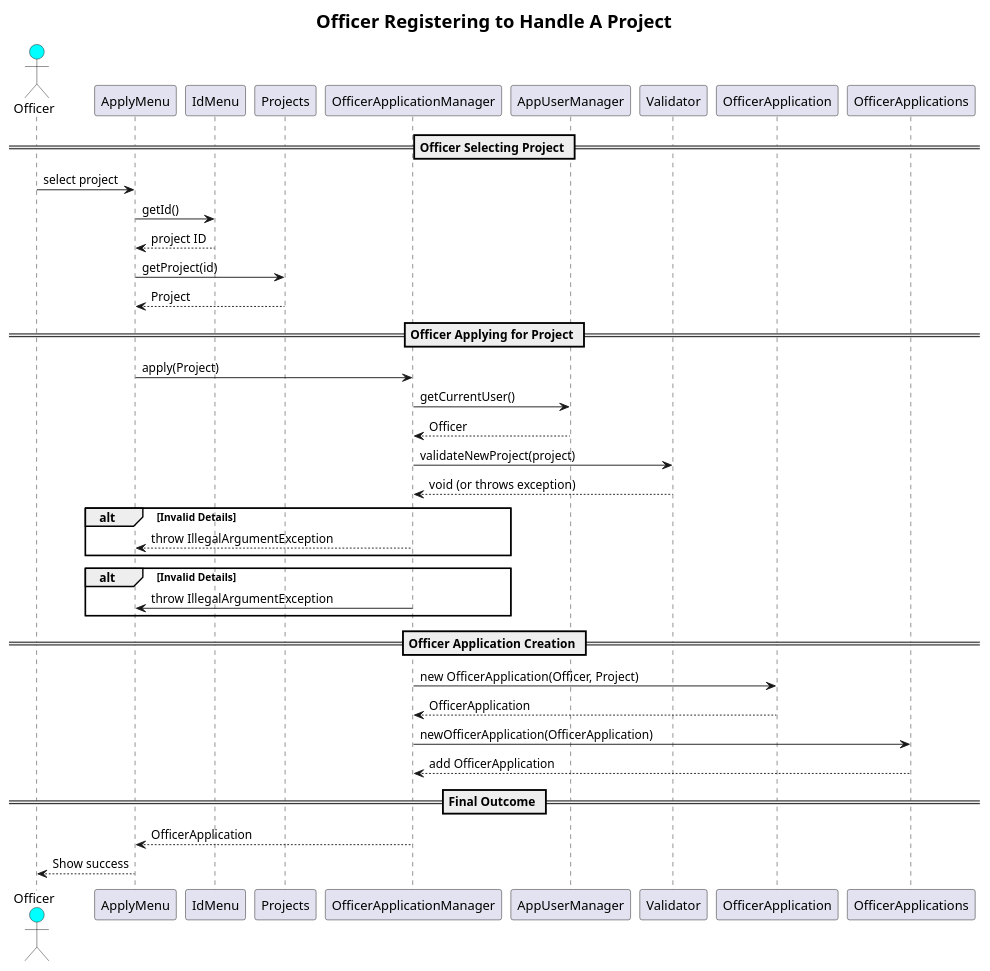
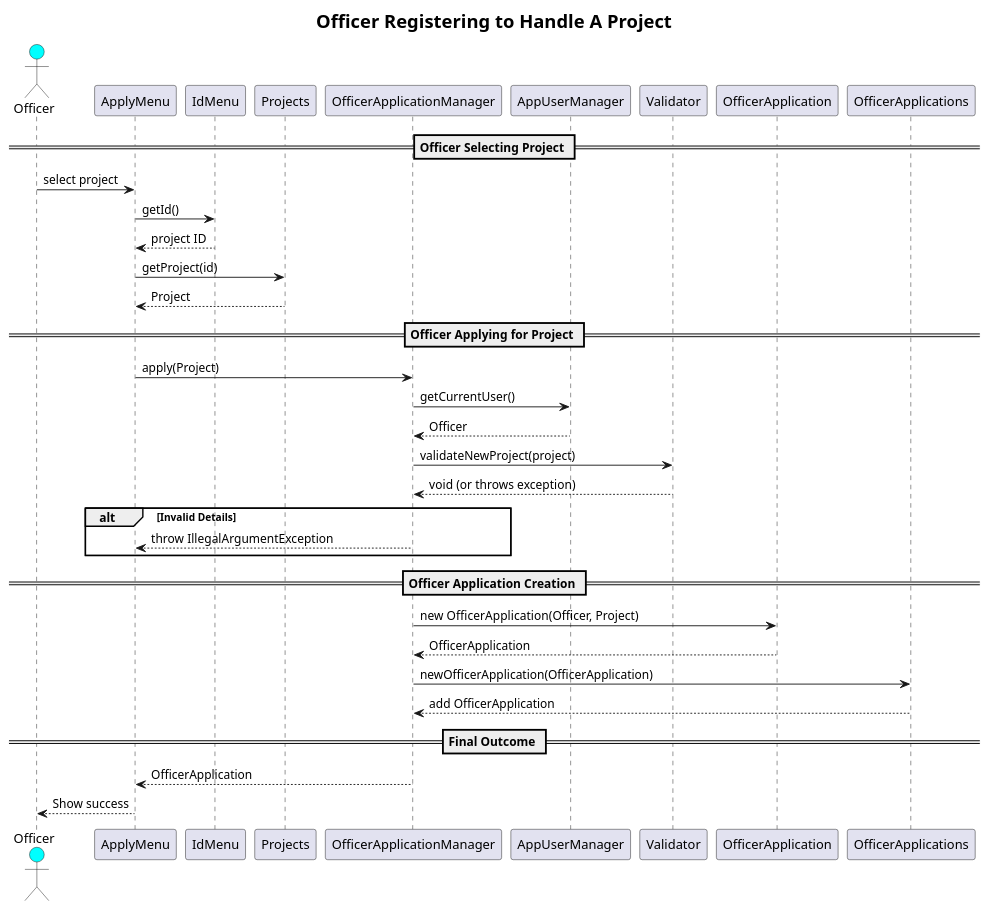
The diagram in Sequence Diagram Two (OfficerHandlesProject).wsd (arpita729/SC2002-Project), drawn with PlantUML before and after one commit. The commit also changed 1 other file, not shown here.

```diff
--- a/Sequence Diagram Two (OfficerHandlesProject).wsd
+++ b/Sequence Diagram Two (OfficerHandlesProject).wsd
@@ -1,46 +1,42 @@
 @startuml
 skinparam titleFontSize 20
 title Officer Registering to Handle A Project
 
 actor Officer #00FFFF
 participant "ApplyMenu" as ApplyMenu
 participant "IdMenu" as IdMenu
 participant "Projects" as Projects
 participant "OfficerApplicationManager" as OfficerApplicationManager
 participant "AppUserManager" as AppUserManager
 participant "Validator" as Validator
 participant "OfficerApplication" as OfficerApplication
 participant "OfficerApplications" as OfficerApplications
 
 == Officer Selecting Project ==
 Officer -> ApplyMenu : select project
 ApplyMenu -> IdMenu : getId()
 IdMenu --> ApplyMenu : project ID
 ApplyMenu -> Projects : getProject(id)
 Projects --> ApplyMenu : Project
 
 == Officer Applying for Project ==
 ApplyMenu -> OfficerApplicationManager : apply(Project)
 OfficerApplicationManager -> AppUserManager : getCurrentUser()
 AppUserManager --> OfficerApplicationManager : Officer
 OfficerApplicationManager -> Validator : validateNewProject(project)
 Validator --> OfficerApplicationManager : void (or throws exception)
 
 alt Invalid Details
     OfficerApplicationManager --> ApplyMenu : throw IllegalArgumentException
 end alt
 
-alt Invalid Details
-    OfficerApplicationManager -> ApplyMenu : throw IllegalArgumentException
-end alt
-
 == Officer Application Creation ==
 OfficerApplicationManager -> OfficerApplication : new OfficerApplication(Officer, Project)
 OfficerApplication --> OfficerApplicationManager : OfficerApplication
 OfficerApplicationManager -> OfficerApplications : newOfficerApplication(OfficerApplication)
 OfficerApplications --> OfficerApplicationManager : add OfficerApplication
 
 == Final Outcome ==
 OfficerApplicationManager --> ApplyMenu : OfficerApplication
 ApplyMenu --> Officer : Show success
 @enduml
```
